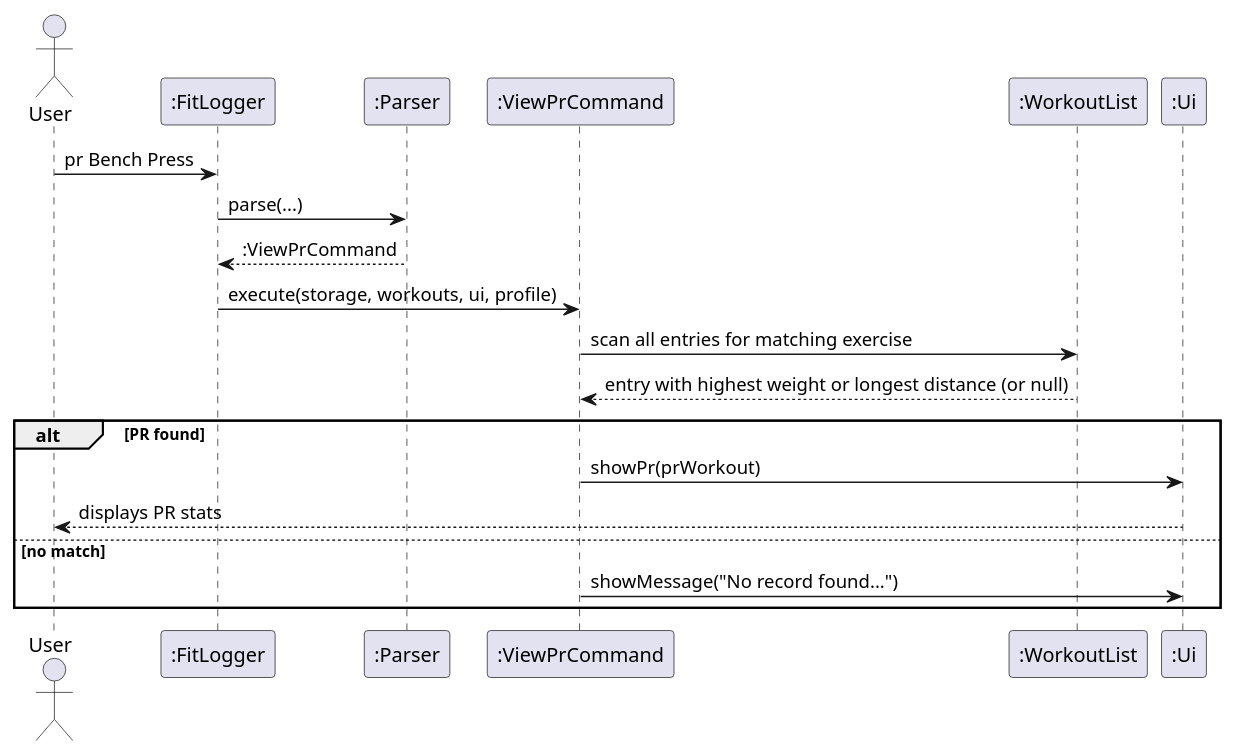
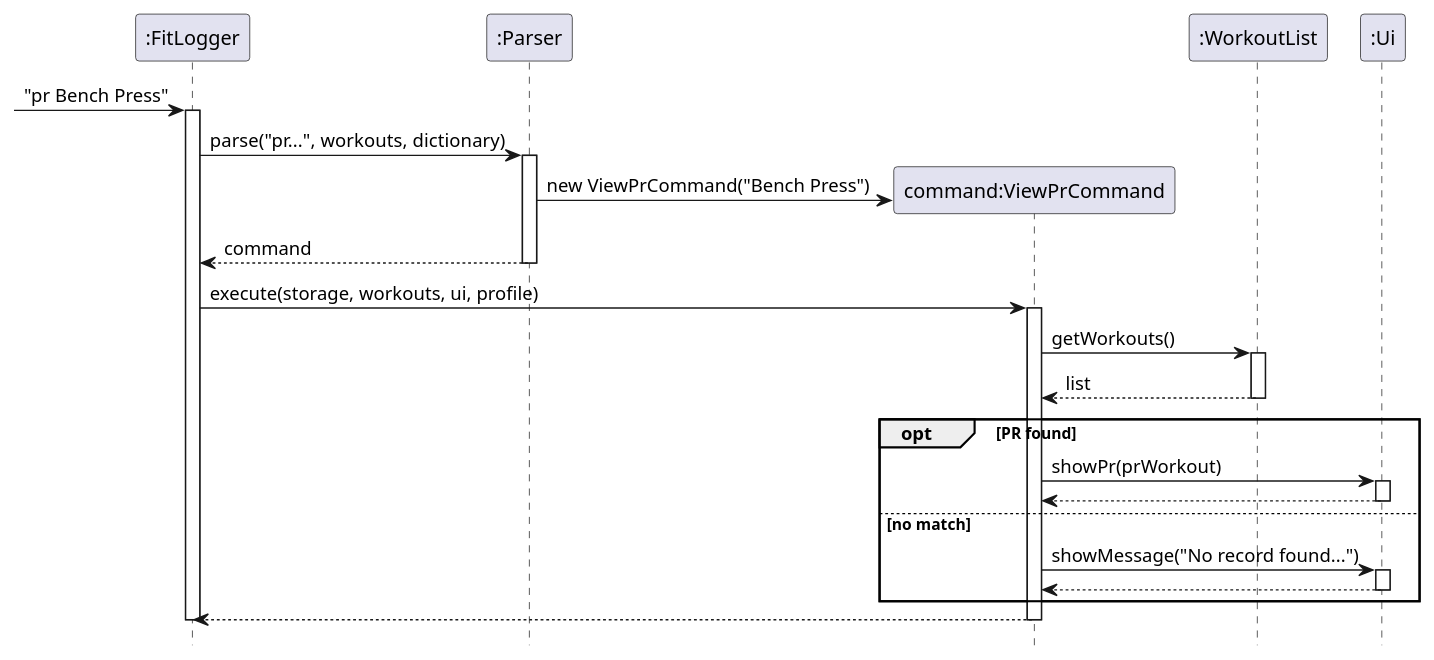
One commit to AY2526S2-CS2113-F09-1/tp changed the diagram in docs/diagrams/ViewPrSequenceDiagram.puml. Above: the diagram before and after it, drawn with PlantUML. The commit also changed 11 other files, not shown here.

Commit message:
Standardise UML diagrams

```diff
--- a/docs/diagrams/ViewPrSequenceDiagram.puml
+++ b/docs/diagrams/ViewPrSequenceDiagram.puml
@@ -1,21 +1,43 @@
 @startuml
-actor User
+hide footbox
+
 participant ":FitLogger" as FL
 participant ":Parser" as P
-participant ":ViewPrCommand" as CMD
+participant "command:ViewPrCommand" as CMD
 participant ":WorkoutList" as WL
 participant ":Ui" as UI
 
-User -> FL : pr Bench Press
-FL -> P : parse(...)
-P --> FL : :ViewPrCommand
+-> FL : "pr Bench Press"
+activate FL
+
+FL -> P : parse("pr...", workouts, dictionary)
+activate P
+
+P -> CMD ** : new ViewPrCommand("Bench Press")
+P --> FL : command
+deactivate P
+
 FL -> CMD : execute(storage, workouts, ui, profile)
-CMD -> WL : scan all entries for matching exercise
-WL --> CMD : entry with highest weight or longest distance (or null)
-alt PR found
+activate CMD
+
+CMD -> WL : getWorkouts()
+activate WL
+WL --> CMD : list
+deactivate WL
+
+opt PR found
     CMD -> UI : showPr(prWorkout)
-    UI --> User : displays PR stats
+    activate UI
+    UI --> CMD
+    deactivate UI
 else no match
     CMD -> UI : showMessage("No record found...")
+    activate UI
+    UI --> CMD
+    deactivate UI
 end
+
+CMD --> FL
+deactivate CMD
+deactivate FL
 @enduml
```
